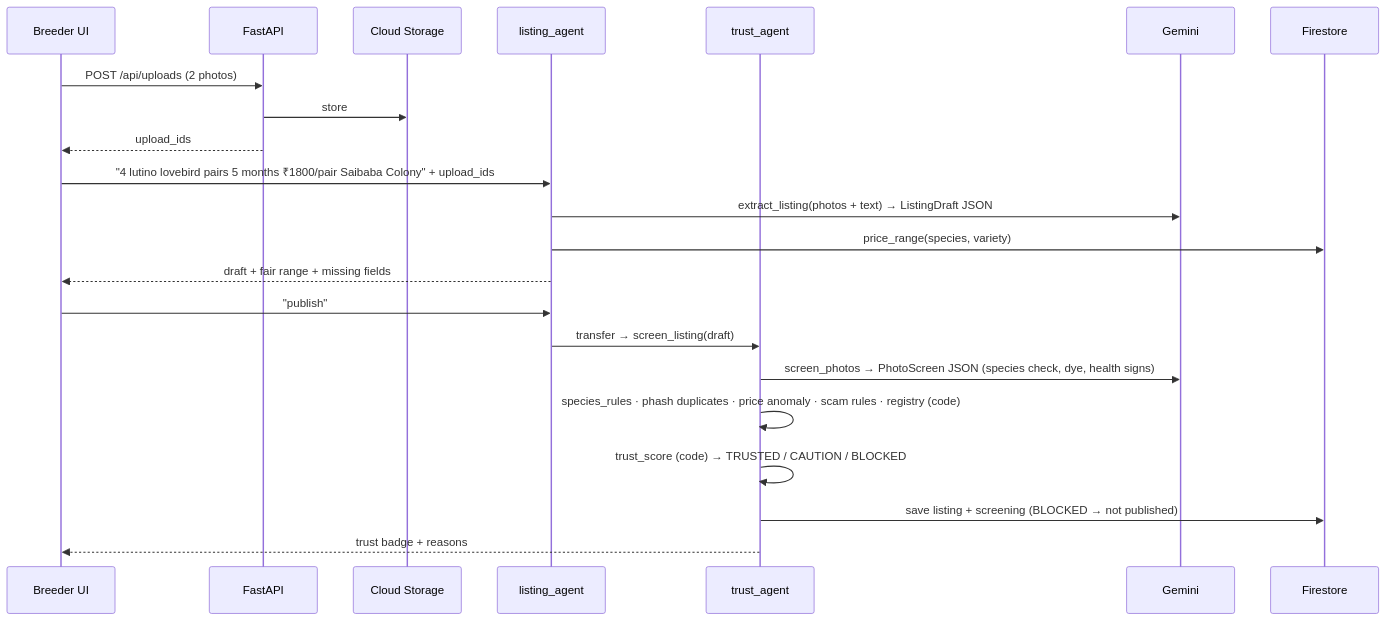
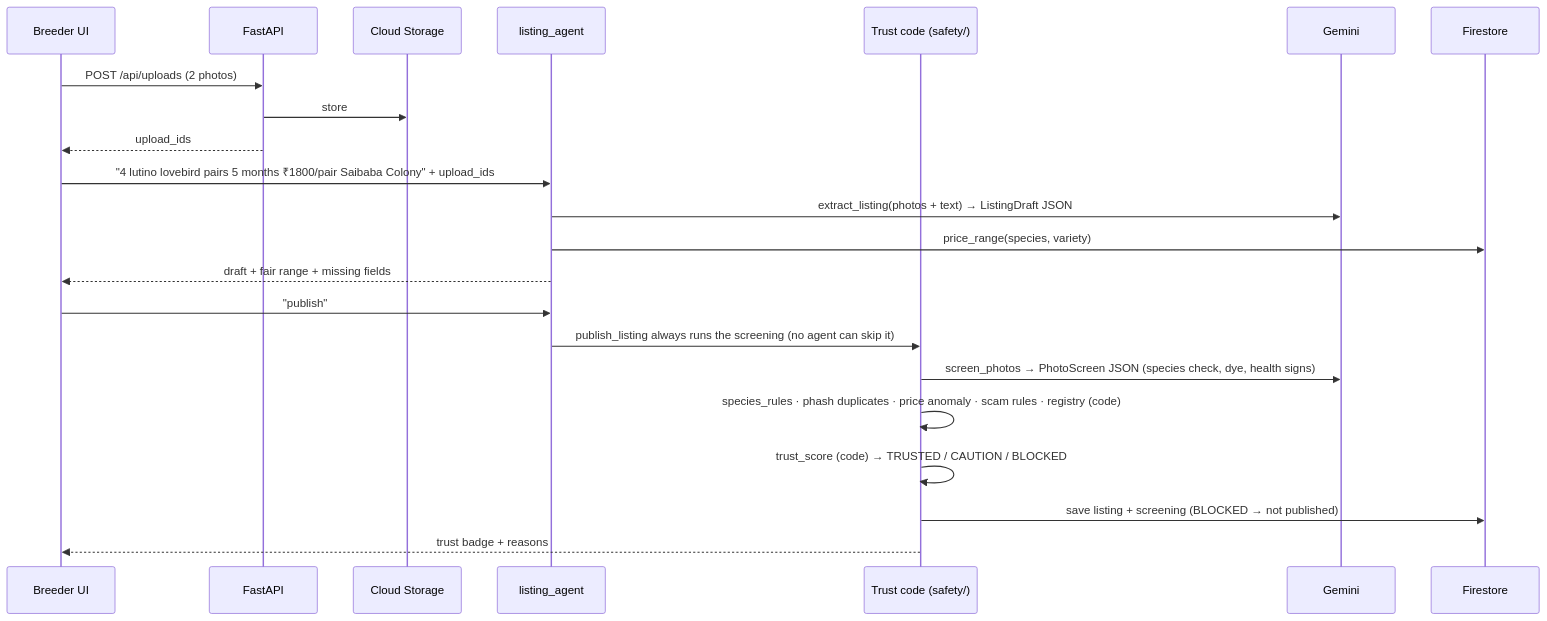
The second of 3 diagrams in docs/implementation/01-architecture.md (sudarsan-22/breedernear-ai), drawn with Mermaid before and after one commit. The commit also changed other lines of this file and 29 other files, not shown here.

First line of the commit message:
feat: ADK safety callbacks, explain_screening, seller reply assistant (F8)

````diff
--- a/docs/implementation/01-architecture.md
+++ b/docs/implementation/01-architecture.md
@@ -50,25 +50,25 @@
 ```mermaid
 sequenceDiagram
     participant UI as Breeder UI
     participant API as FastAPI
     participant GCS as Cloud Storage
     participant L as listing_agent
-    participant T as trust_agent
+    participant S as Trust code (safety/)
     participant G as Gemini
     participant FS as Firestore
 
     UI->>API: POST /api/uploads (2 photos)
     API->>GCS: store
     API-->>UI: upload_ids
     UI->>L: "4 lutino lovebird pairs 5 months ₹1800/pair Saibaba Colony" + upload_ids
     L->>G: extract_listing(photos + text) → ListingDraft JSON
     L->>FS: price_range(species, variety)
     L-->>UI: draft + fair range + missing fields
     UI->>L: "publish"
-    L->>T: transfer → screen_listing(draft)
-    T->>G: screen_photos → PhotoScreen JSON (species check, dye, health signs)
-    T->>T: species_rules · phash duplicates · price anomaly · scam rules · registry (code)
-    T->>T: trust_score (code) → TRUSTED / CAUTION / BLOCKED
-    T->>FS: save listing + screening (BLOCKED → not published)
-    T-->>UI: trust badge + reasons
+    L->>S: publish_listing always runs the screening (no agent can skip it)
+    S->>G: screen_photos → PhotoScreen JSON (species check, dye, health signs)
+    S->>S: species_rules · phash duplicates · price anomaly · scam rules · registry (code)
+    S->>S: trust_score (code) → TRUSTED / CAUTION / BLOCKED
+    S->>FS: save listing + screening (BLOCKED → not published)
+    S-->>UI: trust badge + reasons
 ```
````
